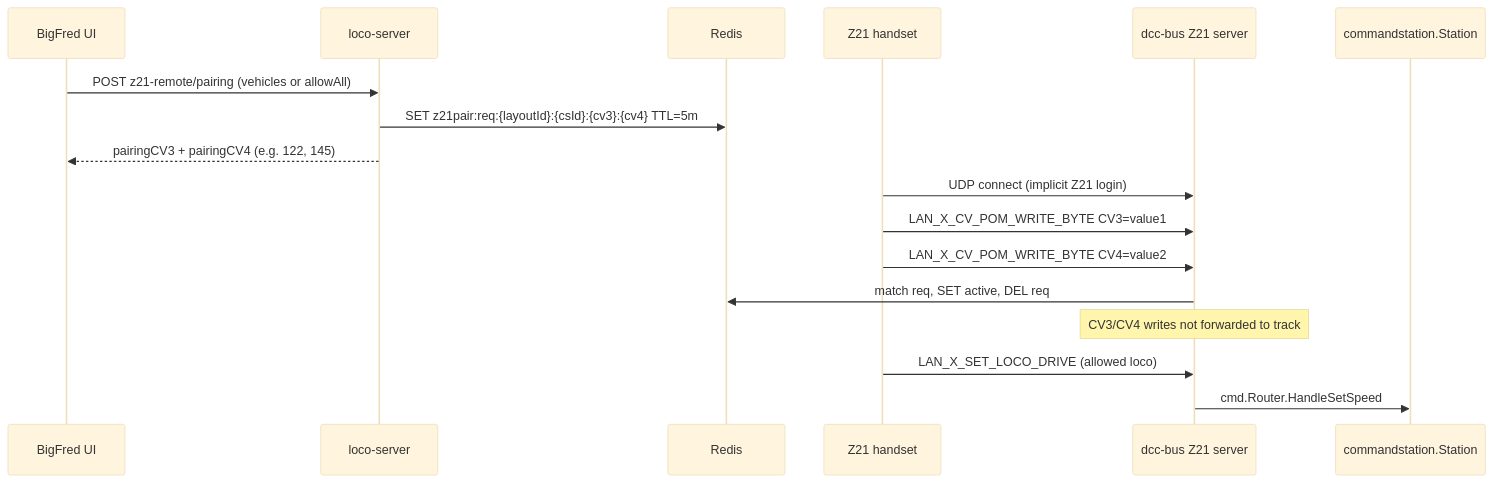
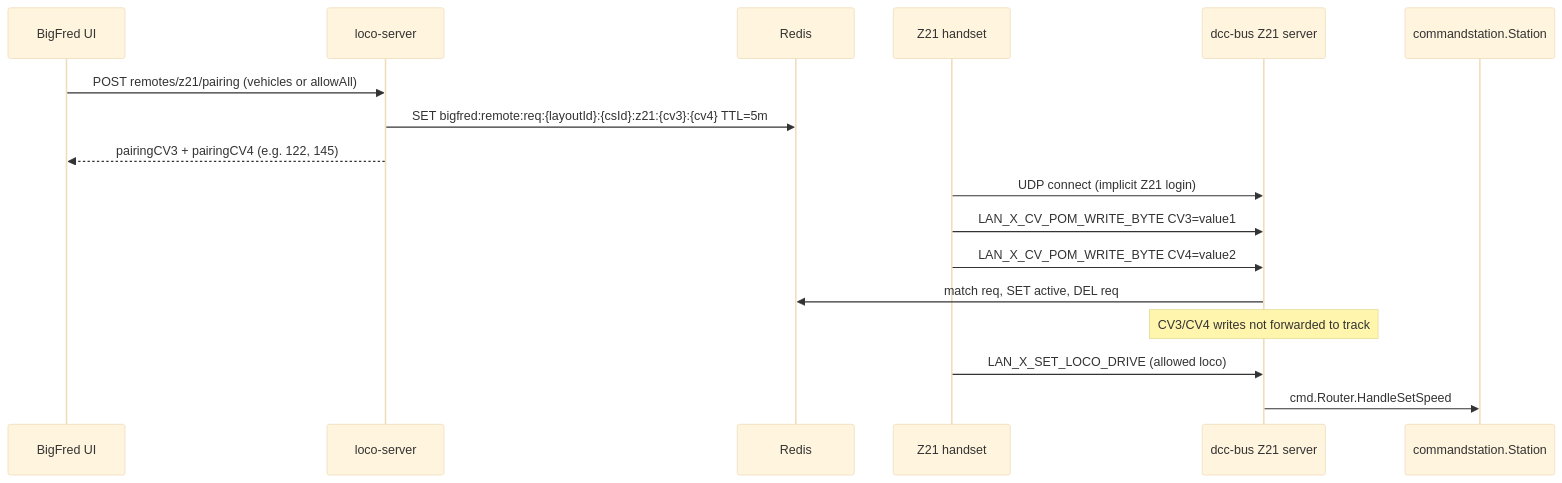
The first of 3 diagrams in content/en/specs/bigfred/plans/z21-server-dcc-bus.md (dcc-bigfred/docs), drawn with Mermaid (base theme) before and after one commit. The commit also changed other lines of this file and 2 other files, not shown here.

````diff
--- a/content/en/specs/bigfred/plans/z21-server-dcc-bus.md
+++ b/content/en/specs/bigfred/plans/z21-server-dcc-bus.md
@@ -136,22 +136,22 @@
 ```mermaid
 sequenceDiagram
     participant UI as BigFred UI
     participant API as loco-server
     participant Redis as Redis
     participant Pilot as Z21 handset
     participant Z21 as dcc-bus Z21 server
     participant CS as commandstation.Station
 
-    UI->>API: POST z21-remote/pairing (vehicles or allowAll)
-    API->>Redis: SET z21pair:req:{layoutId}:{csId}:{cv3}:{cv4} TTL=5m
+    UI->>API: POST remotes/z21/pairing (vehicles or allowAll)
+    API->>Redis: SET bigfred:remote:req:{layoutId}:{csId}:z21:{cv3}:{cv4} TTL=5m
     API-->>UI: pairingCV3 + pairingCV4 (e.g. 122, 145)
 
     Pilot->>Z21: UDP connect (implicit Z21 login)
     Pilot->>Z21: LAN_X_CV_POM_WRITE_BYTE CV3=value1
     Pilot->>Z21: LAN_X_CV_POM_WRITE_BYTE CV4=value2
     Z21->>Redis: match req, SET active, DEL req
     Note over Z21: CV3/CV4 writes not forwarded to track
 
     Pilot->>Z21: LAN_X_SET_LOCO_DRIVE (allowed loco)
     Z21->>CS: cmd.Router.HandleSetSpeed
 ```
````
